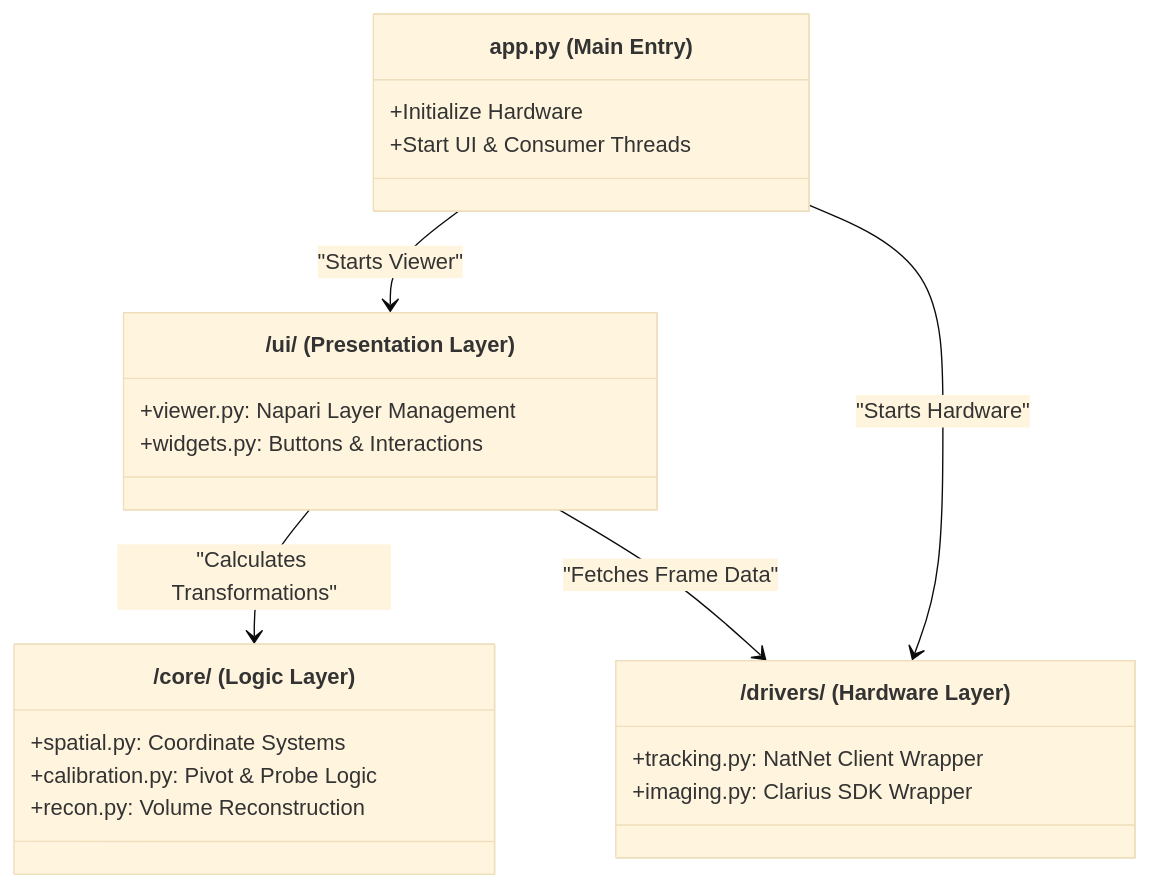
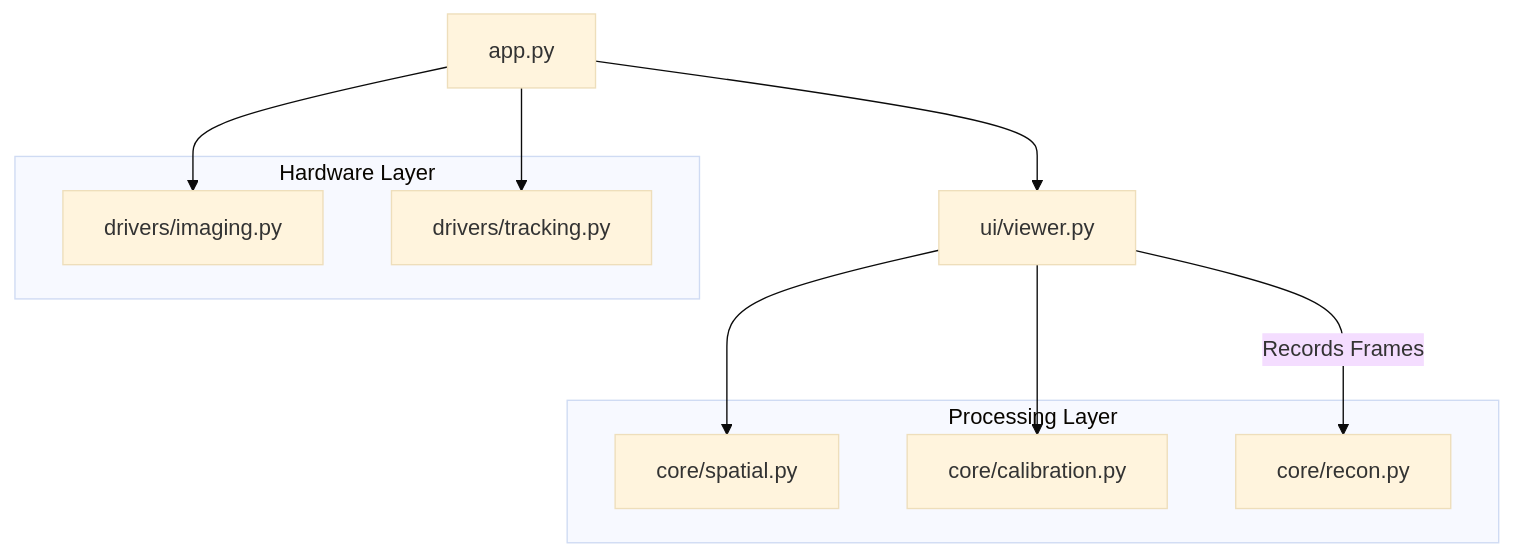
Before and after one commit to ashleydo8/ultrasound_project: the diagram in README.md, drawn with Mermaid (base theme).

Commit message:
Update architecture diagram in README

````diff
--- a/README.md
+++ b/README.md
@@ -1,28 +1,22 @@
 ```mermaid
-classDiagram
-    class App ["app.py (Main Entry)"] {
-        +Initialize Hardware
-        +Start UI & Consumer Threads
-    }
-
-    class Core ["/core/ (Logic Layer)"] {
-        +spatial.py: Coordinate Systems
-        +calibration.py: Pivot & Probe Logic
-        +recon.py: Volume Reconstruction
-    }
-
-    class Drivers ["/drivers/ (Hardware Layer)"] {
-        +tracking.py: NatNet Client Wrapper
-        +imaging.py: Clarius SDK Wrapper
-    }
-
-    class UI ["/ui/ (Presentation Layer)"] {
-        +viewer.py: Napari Layer Management
-        +widgets.py: Buttons & Interactions
-    }
-
-    App --> UI : "Starts Viewer"
-    App --> Drivers : "Starts Hardware"
-    UI --> Core : "Calculates Transformations"
-    UI --> Drivers : "Fetches Frame Data"
+graph TD
+    A[app.py] --> B[ui/viewer.py]
+    A --> C[drivers/imaging.py]
+    A --> D[drivers/tracking.py]
+    
+    B --> E[core/spatial.py]
+    B --> F[core/calibration.py]
+    
+    subgraph "Hardware Layer"
+    C
+    D
+    end
+    
+    subgraph "Processing Layer"
+    E
+    F
+    G[core/recon.py]
+    end
+    
+    B -- "Records Frames" --> G
 ```
````
